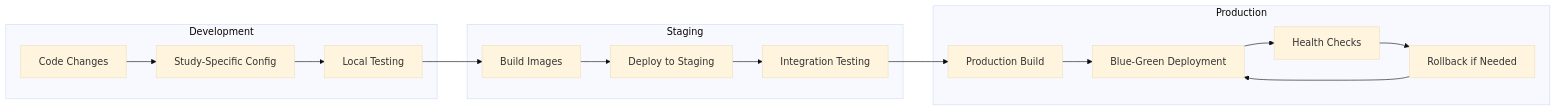
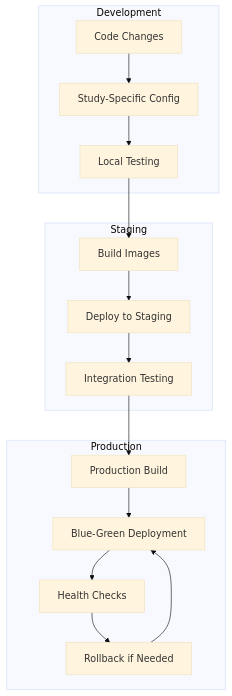
The fifth of 8 diagrams in docs/technical-architecture.md (uwcirg/cnics-validation), drawn with Mermaid (base theme) before and after one commit. The commit also changed other lines of this file and 3125 other files, not shown here.

````diff
--- a/docs/technical-architecture.md
+++ b/docs/technical-architecture.md
@@ -207,32 +207,32 @@
 ```mermaid
-flowchart LR
+flowchart TD
     subgraph "Development"
         A[Code Changes]
         B[Study-Specific Config]
         C[Local Testing]
     end
     
     subgraph "Staging"
         D[Build Images]
         E[Deploy to Staging]
         F[Integration Testing]
     end
     
     subgraph "Production"
         G[Production Build]
         H[Blue-Green Deployment]
         I[Health Checks]
         J[Rollback if Needed]
     end
     
     A --> B
     B --> C
     C --> D
     D --> E
     E --> F
     F --> G
     G --> H
     H --> I
     I --> J
     J --> H
 ```
````
